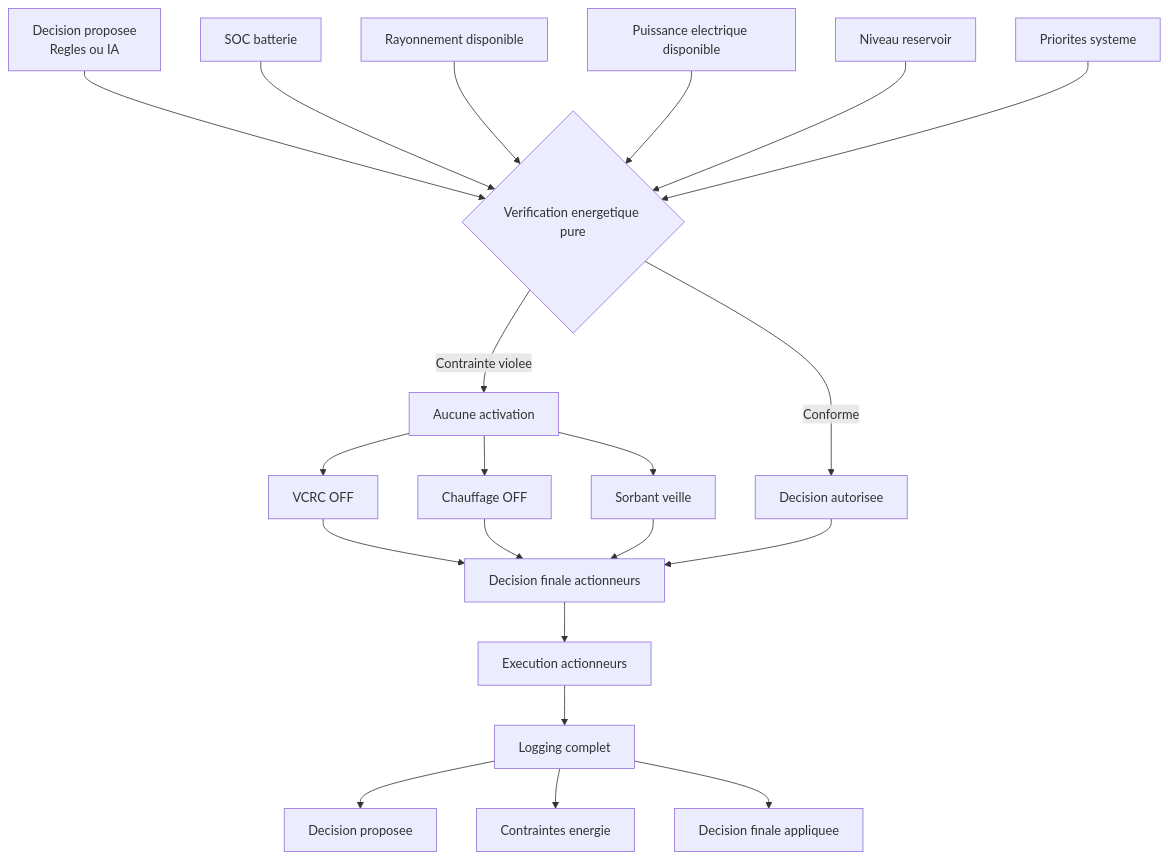
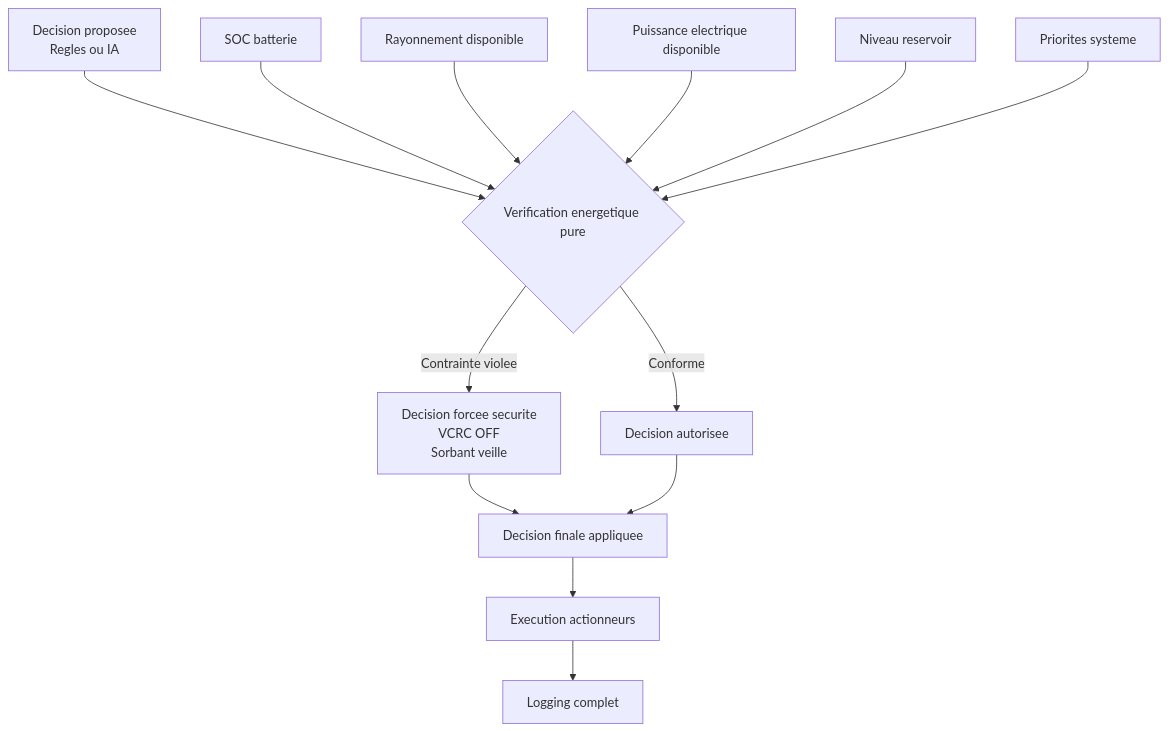
Before and after one commit to Appolinairee/aqua-atmos-ai: the seventh of 8 diagrams in docs/BUSINESS_RULES_DIAGRAM.md, drawn with Mermaid. The commit also changed other lines of this file and 17 other files, not shown here.

````diff
--- a/docs/BUSINESS_RULES_DIAGRAM.md
+++ b/docs/BUSINESS_RULES_DIAGRAM.md
@@ -74,27 +119,18 @@
 ```mermaid
 flowchart TD
     A[Decision proposee<br/>Regles ou IA] --> B{Verification energetique pure}
     E1[SOC batterie] --> B
     E2[Rayonnement disponible] --> B
     E3[Puissance electrique disponible] --> B
     E4[Niveau reservoir] --> B
     E5[Priorites systeme] --> B
 
-    B -->|Contrainte violee| C[Aucune activation]
-    C --> C1[VCRC OFF]
-    C --> C2[Chauffage OFF]
-    C --> C3[Sorbant veille]
-
+    B -->|Contrainte violee| C[Decision forcee securite<br/>VCRC OFF<br/>Sorbant veille]
     B -->|Conforme| D[Decision autorisee]
 
-    C1 --> F[Decision finale actionneurs]
-    C2 --> F
-    C3 --> F
+    C --> F[Decision finale appliquee]
     D --> F
 
     F --> G[Execution actionneurs]
     G --> H[Logging complet]
-    H --> H1[Decision proposee]
-    H --> H2[Contraintes energie]
-    H --> H3[Decision finale appliquee]
 ```
````
